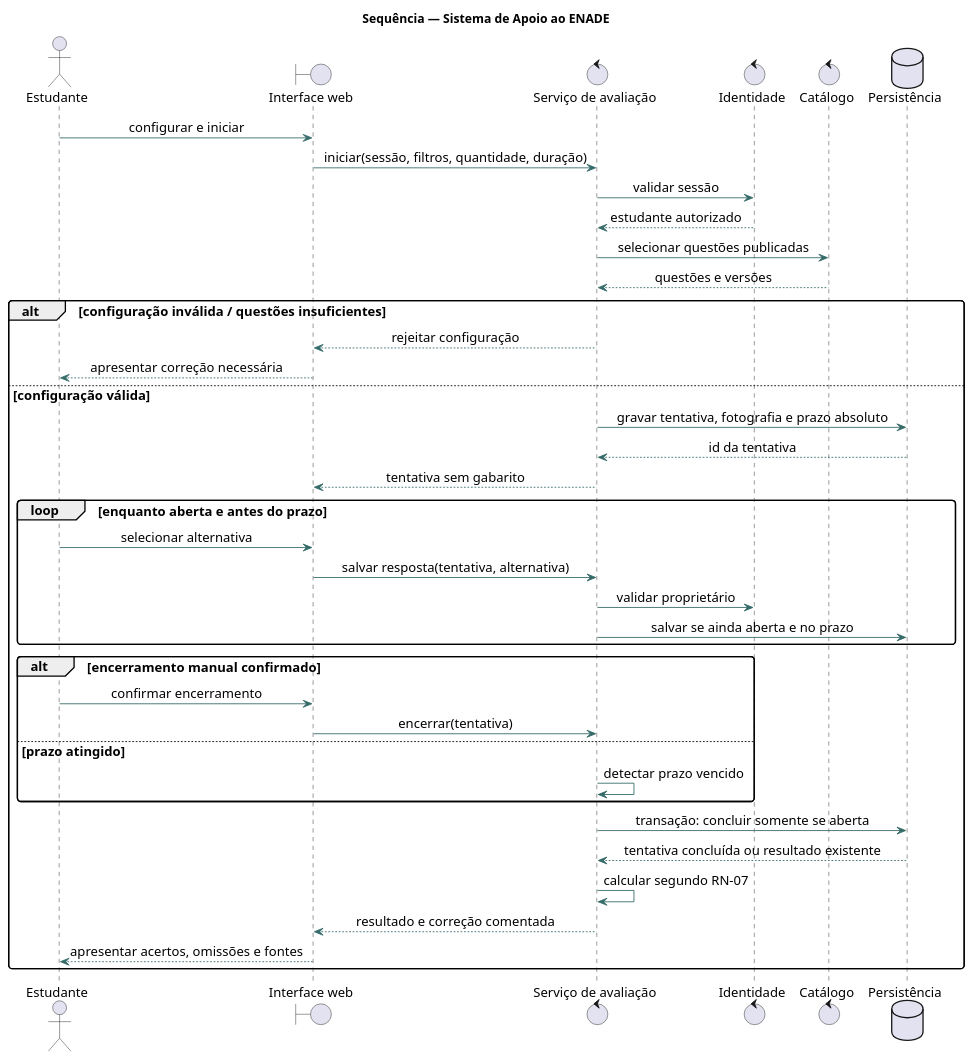
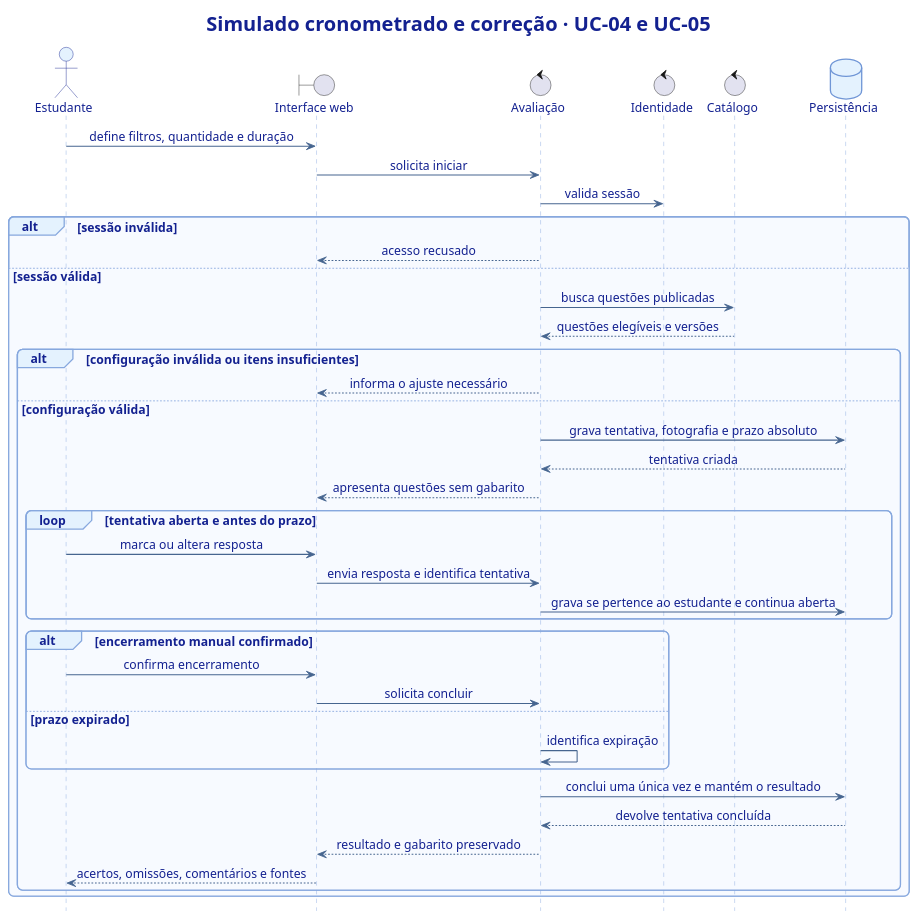
Before and after one commit to SamirMaia91/requisitos-20262--grupo2: the diagram in Requisitos/Artefatos/SistemaApoioENADE/UML/Sequencia.puml, drawn with PlantUML. The commit also changed 71 other files, not shown here.

```diff
--- a/Requisitos/Artefatos/SistemaApoioENADE/UML/Sequencia.puml
+++ b/Requisitos/Artefatos/SistemaApoioENADE/UML/Sequencia.puml
@@ -1,52 +1,83 @@
 @startuml
 skinparam backgroundColor #FFFFFF
-skinparam defaultFontName SansSerif
-skinparam defaultFontSize 15
+skinparam defaultFontName Arial
+skinparam defaultFontSize 14
+skinparam defaultFontColor #132190
+skinparam titleFontColor #132190
+skinparam titleFontSize 23
 skinparam shadowing false
-skinparam ArrowColor #346B68
-skinparam componentStyle uml2
-skinparam roundcorner 8
-skinparam classBackgroundColor #F1F7F6
-skinparam usecaseBackgroundColor #F1F7F6
-skinparam componentBackgroundColor #F1F7F6
-skinparam nodeBackgroundColor #F1F7F6
+skinparam ArrowColor #46658F
+skinparam ArrowThickness 1.2
+skinparam roundcorner 12
+skinparam BorderColor #87A8DE
+skinparam actorBorderColor #132190
+skinparam actorFontColor #132190
+skinparam actorBackgroundColor #E4F2FE
+skinparam packageBorderColor #87A8DE
+skinparam packageBackgroundColor #F7FAFF
+skinparam rectangleBorderColor #87A8DE
+skinparam rectangleBackgroundColor #FFFFFF
+skinparam usecaseBorderColor #7096D6
+skinparam usecaseBackgroundColor #E4F2FE
+skinparam classBackgroundColor #F4F8FE
+skinparam classBorderColor #7096D6
+skinparam componentBackgroundColor #E4F2FE
+skinparam componentBorderColor #7096D6
+skinparam nodeBackgroundColor #F4F8FE
+skinparam nodeBorderColor #7096D6
+skinparam databaseBackgroundColor #E4F2FE
+skinparam databaseBorderColor #7096D6
+skinparam noteBackgroundColor #F7FAFF
+skinparam noteBorderColor #87A8DE
+skinparam sequenceGroupBorderColor #87A8DE
+skinparam sequenceGroupBackgroundColor #E4F2FE
+skinparam sequenceLifeLineBorderColor #87A8DE
+skinparam sequenceParticipantBorderColor #7096D6
+skinparam sequenceParticipantBackgroundColor #E4F2FE
 skinparam sequenceMessageAlign center
-title Sequência — Sistema de Apoio ao ENADE
+skinparam activityBackgroundColor #E4F2FE
+skinparam activityBorderColor #7096D6
+skinparam activityDiamondBackgroundColor #F4F8FE
+skinparam activityDiamondBorderColor #7096D6
+skinparam activityStartColor #004AF7
+skinparam activityEndColor #132190
+title Simulado cronometrado e correção · UC-04 e UC-05
+hide footbox
 actor Estudante as E
 boundary "Interface web" as UI
-control "Serviço de avaliação" as AV
+control "Avaliação" as AV
 control "Identidade" as ID
 control "Catálogo" as CAT
 database "Persistência" as DB
-E -> UI : configurar e iniciar
-UI -> AV : iniciar(sessão, filtros, quantidade, duração)
-AV -> ID : validar sessão
-ID --> AV : estudante autorizado
-AV -> CAT : selecionar questões publicadas
-CAT --> AV : questões e versões
-alt configuração inválida / questões insuficientes
- AV --> UI : rejeitar configuração
- UI --> E : apresentar correção necessária
-else configuração válida
- AV -> DB : gravar tentativa, fotografia e prazo absoluto
- DB --> AV : id da tentativa
- AV --> UI : tentativa sem gabarito
- loop enquanto aberta e antes do prazo
-  E -> UI : selecionar alternativa
-  UI -> AV : salvar resposta(tentativa, alternativa)
-  AV -> ID : validar proprietário
-  AV -> DB : salvar se ainda aberta e no prazo
+E -> UI : define filtros, quantidade e duração
+UI -> AV : solicita iniciar
+AV -> ID : valida sessão
+alt sessão inválida
+ AV --> UI : acesso recusado
+else sessão válida
+ AV -> CAT : busca questões publicadas
+ CAT --> AV : questões elegíveis e versões
+ alt configuração inválida ou itens insuficientes
+  AV --> UI : informa o ajuste necessário
+ else configuração válida
+  AV -> DB : grava tentativa, fotografia e prazo absoluto
+  DB --> AV : tentativa criada
+  AV --> UI : apresenta questões sem gabarito
+  loop tentativa aberta e antes do prazo
+   E -> UI : marca ou altera resposta
+   UI -> AV : envia resposta e identifica tentativa
+   AV -> DB : grava se pertence ao estudante e continua aberta
+  end
+  alt encerramento manual confirmado
+   E -> UI : confirma encerramento
+   UI -> AV : solicita concluir
+  else prazo expirado
+   AV -> AV : identifica expiração
+  end
+  AV -> DB : conclui uma única vez e mantém o resultado
+  DB --> AV : devolve tentativa concluída
+  AV --> UI : resultado e gabarito preservado
+  UI --> E : acertos, omissões, comentários e fontes
  end
- alt encerramento manual confirmado
-  E -> UI : confirmar encerramento
-  UI -> AV : encerrar(tentativa)
- else prazo atingido
-  AV -> AV : detectar prazo vencido
- end
- AV -> DB : transação: concluir somente se aberta
- DB --> AV : tentativa concluída ou resultado existente
- AV -> AV : calcular segundo RN-07
- AV --> UI : resultado e correção comentada
- UI --> E : apresentar acertos, omissões e fontes
 end
 @enduml
```
